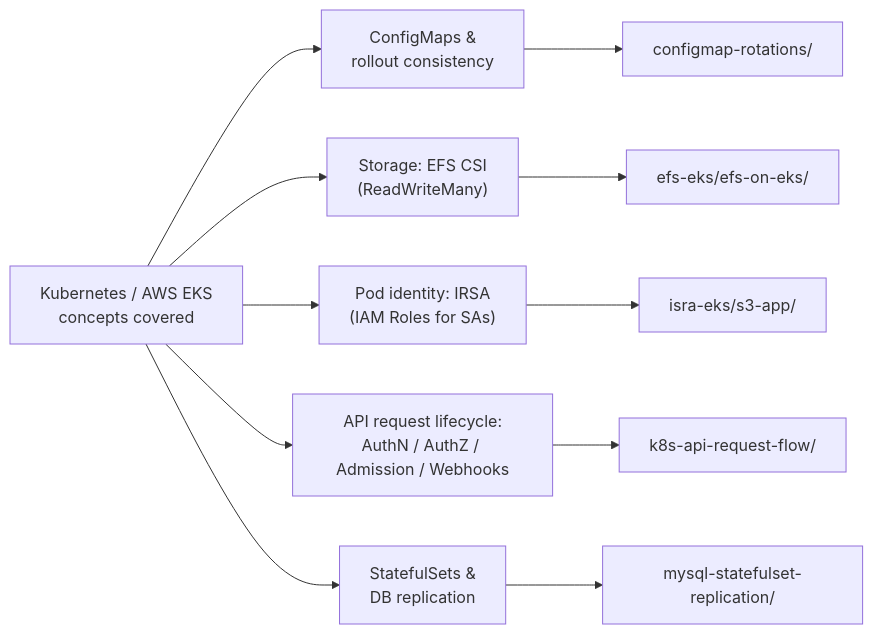
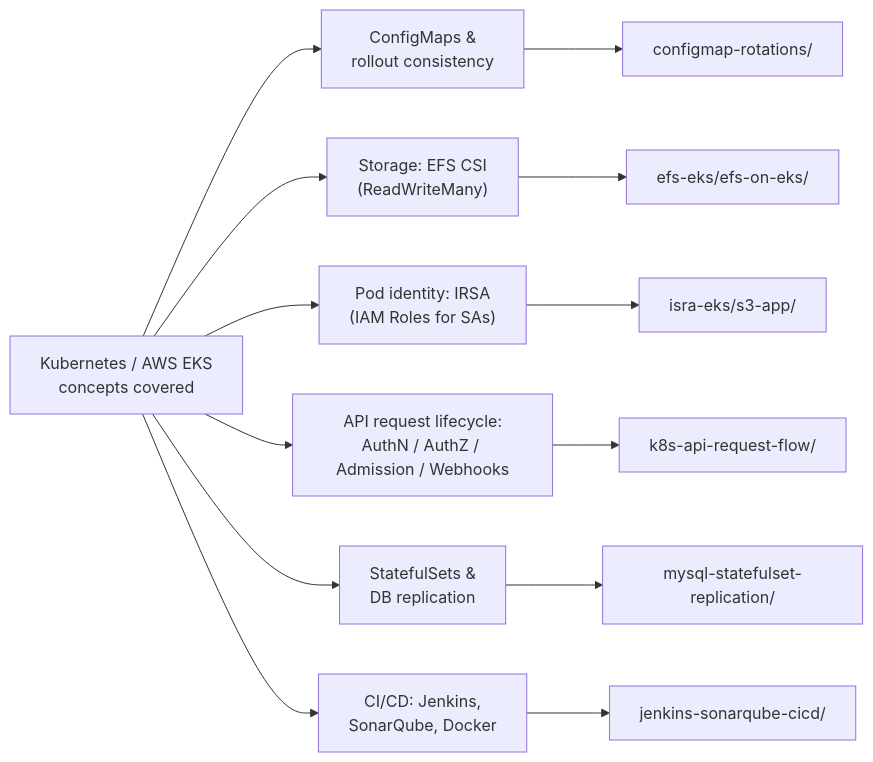
One commit to shahid-khaleel/kubernetes changed the diagram in README.md. Above: the diagram before and after it, drawn with Mermaid. The commit also changed other lines of this file and 33 other files, not shown here.

````diff
--- a/README.md
+++ b/README.md
@@ -35,16 +37,18 @@
 ```mermaid
 flowchart LR
     K8s["Kubernetes / AWS EKS<br/>concepts covered"]
 
     K8s --> CM["ConfigMaps &<br/>rollout consistency"]
     K8s --> ST["Storage: EFS CSI<br/>(ReadWriteMany)"]
     K8s --> IAM["Pod identity: IRSA<br/>(IAM Roles for SAs)"]
     K8s --> API["API request lifecycle:<br/>AuthN / AuthZ / Admission / Webhooks"]
     K8s --> SS["StatefulSets &<br/>DB replication"]
+    K8s --> CICD["CI/CD: Jenkins,<br/>SonarQube, Docker"]
 
     CM --> CMdemo["configmap-rotations/"]
     ST --> STdemo["efs-eks/efs-on-eks/"]
     IAM --> IAMdemo["isra-eks/s3-app/"]
     API --> APIdemo["k8s-api-request-flow/"]
     SS --> SSdemo["mysql-statefulset-replication/"]
+    CICD --> CICDdemo["jenkins-sonarqube-cicd/"]
 ```
````
